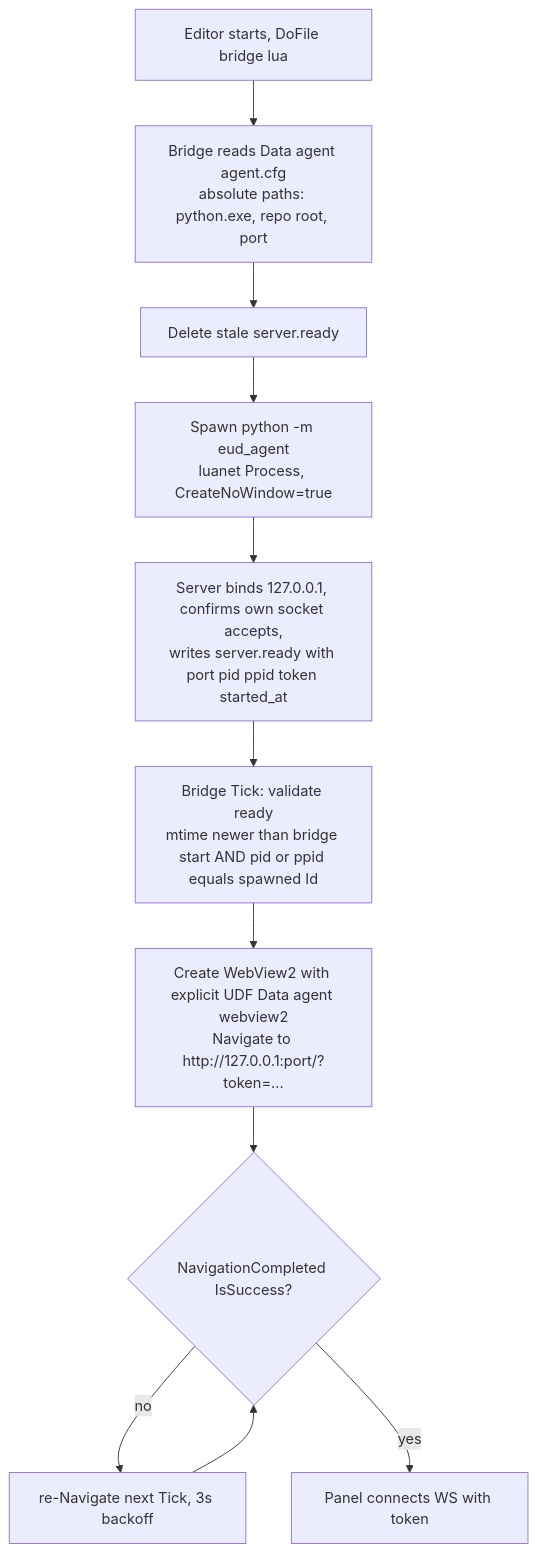
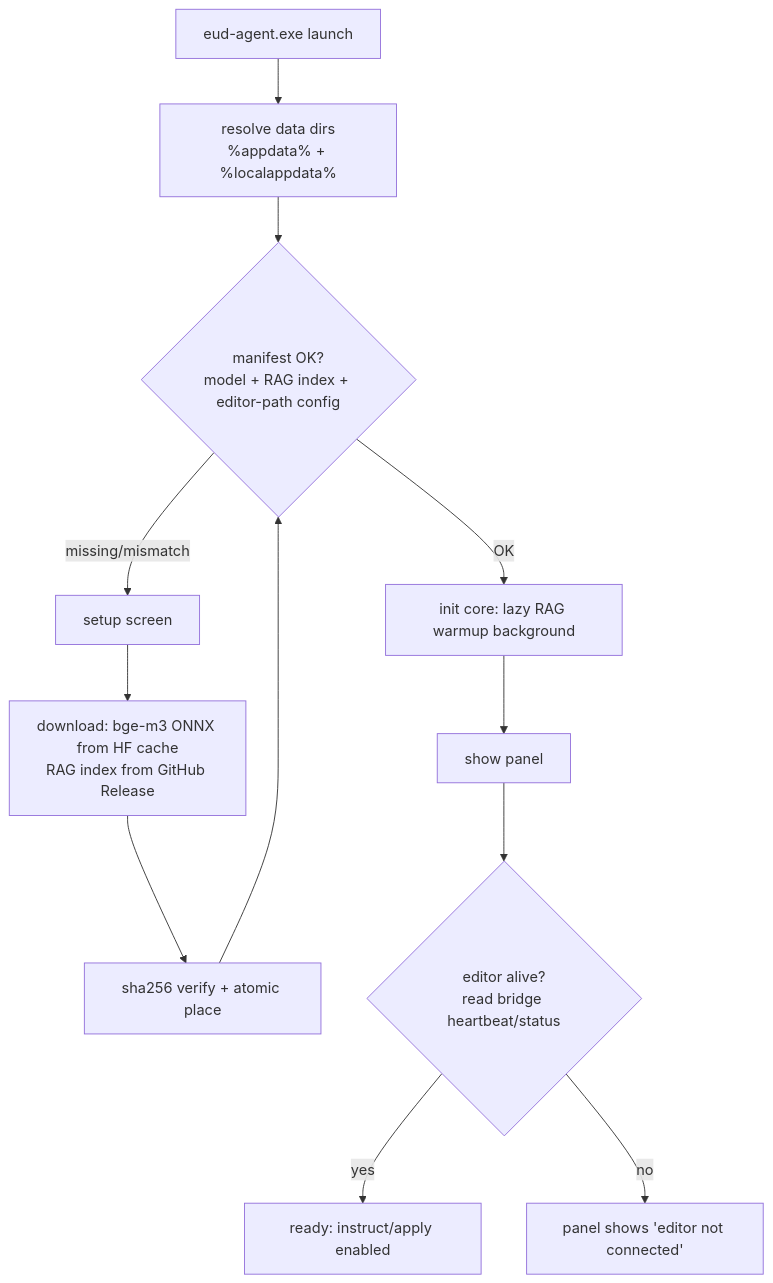
Before and after one commit to raravel/eud-agent: the third of 3 diagrams in hivemind/docs/architecture.md, drawn with Mermaid. The commit also changed other lines of this file and 48 other files, not shown here.

````diff
--- a/hivemind/docs/architecture.md
+++ b/hivemind/docs/architecture.md
@@ -62,12 +87,14 @@
 ```mermaid
 flowchart TD
-    A[Editor starts, DoFile bridge lua] --> B[Bridge reads Data agent agent.cfg<br/>absolute paths: python.exe, repo root, port]
-    B --> C[Delete stale server.ready]
-    C --> D[Spawn python -m eud_agent<br/>luanet Process, CreateNoWindow=true]
-    D --> E[Server binds 127.0.0.1, confirms own socket accepts,<br/>writes server.ready with port pid ppid token started_at]
-    E --> F[Bridge Tick: validate ready<br/>mtime newer than bridge start AND pid or ppid equals spawned Id]
-    F --> G[Create WebView2 with explicit UDF Data agent webview2<br/>Navigate to http://127.0.0.1:port/?token=...]
-    G --> H{NavigationCompleted IsSuccess?}
-    H -- no --> G2[re-Navigate next Tick, 3s backoff] --> H
-    H -- yes --> I[Panel connects WS with token]
+    A[eud-agent.exe launch] --> B[resolve data dirs<br/>%appdata% + %localappdata%]
+    B --> C{manifest OK?<br/>model + RAG index + editor-path config}
+    C -- missing/mismatch --> S[setup screen]
+    S --> D[download: bge-m3 ONNX from HF cache<br/>RAG index from GitHub Release]
+    D --> V[sha256 verify + atomic place]
+    V --> C
+    C -- OK --> I[init core: lazy RAG warmup background]
+    I --> P[show panel]
+    P --> H{editor alive?<br/>read bridge heartbeat/status}
+    H -- yes --> R[ready: instruct/apply enabled]
+    H -- no --> W[panel shows 'editor not connected']
 ```
````
